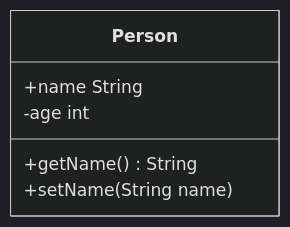
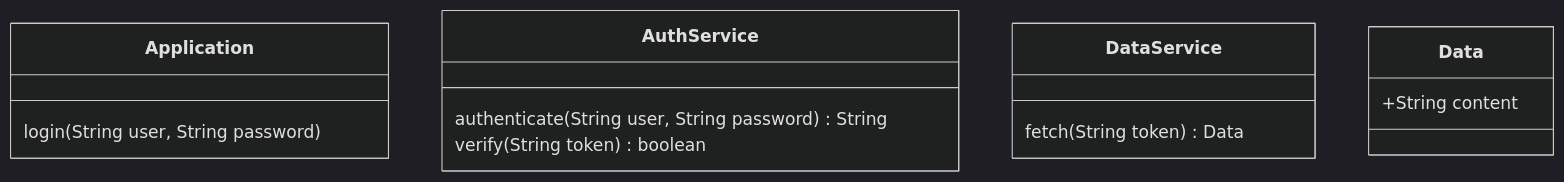
One commit to MarmaidTranspiler/Merfolk changed the first of 2 diagrams in example/example.md. Above: the diagram before and after it, drawn with Mermaid (dark theme). The commit also changed other lines of this file and 6 other files, not shown here.

````diff
--- a/example/example.md
+++ b/example/example.md
@@ -3,8 +3,11 @@
 ```mermaid
 classDiagram
-    Person: +name String
-    Person: -age int
+Application : login(String user, String password)
 
-    Person: +getName() String
-    Person: +setName(String name)
+AuthService: authenticate(String user, String password) String
+AuthService: verify(String token) boolean
+
+DataService : fetch(String token) Data
+
+Data: +String content
 ```
````
